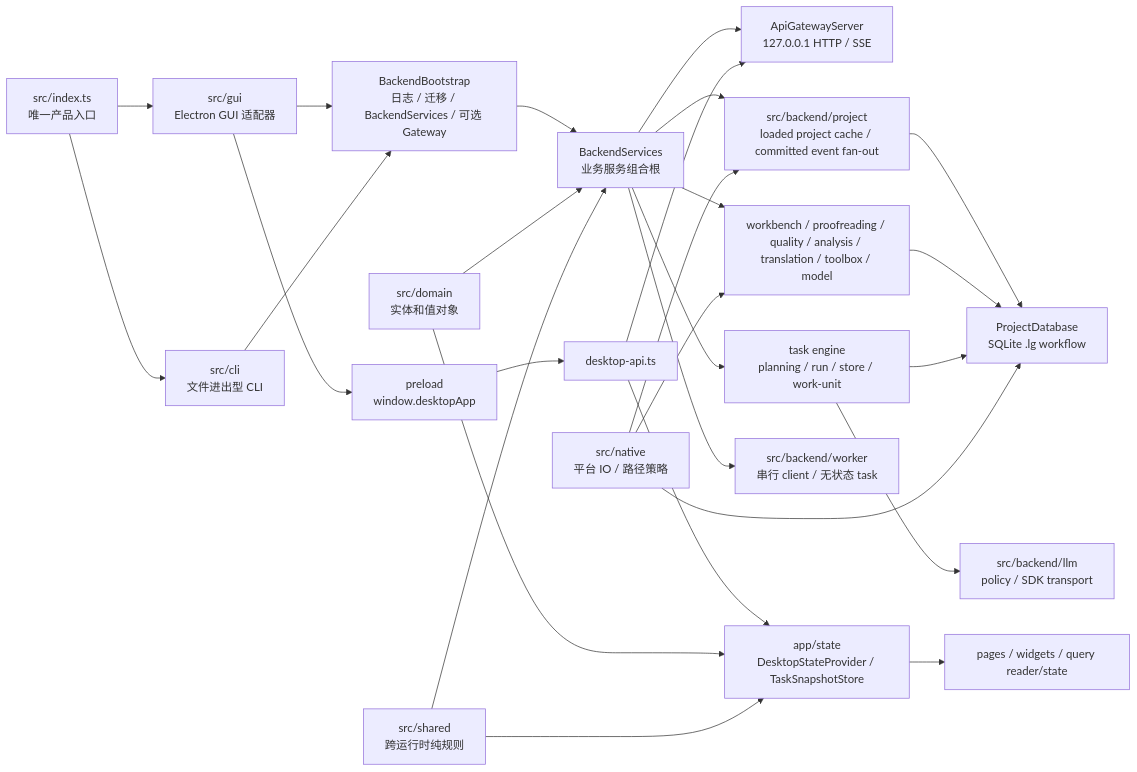
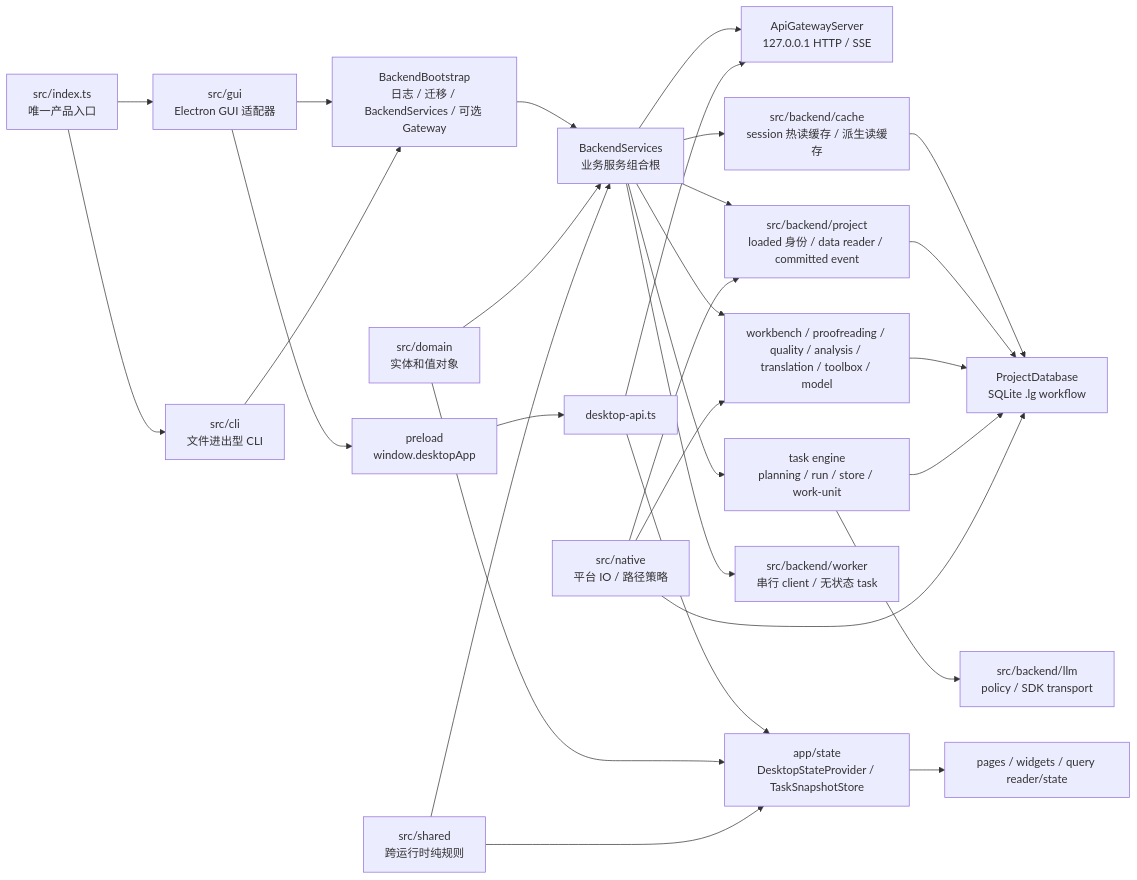
Before and after one commit to neavo/LinguaGacha: the diagram in docs/ARCHITECTURE.md, drawn with Mermaid. The commit also changed other lines of this file and 44 other files, not shown here.

````diff
--- a/docs/ARCHITECTURE.md
+++ b/docs/ARCHITECTURE.md
@@ -18,29 +18,31 @@
 ```mermaid
 flowchart LR
   Entry["src/index.ts<br/>唯一产品入口"] --> GUI["src/gui<br/>Electron GUI 适配器"]
   Entry --> CLI["src/cli<br/>文件进出型 CLI"]
   GUI --> Boot["BackendBootstrap<br/>日志 / 迁移 / BackendServices / 可选 Gateway"]
   CLI --> Boot
   Boot --> Services["BackendServices<br/>业务服务组合根"]
   Services --> API["ApiGatewayServer<br/>127.0.0.1 HTTP / SSE"]
   GUI --> Preload["preload<br/>window.desktopApp"]
   Preload --> RendererApi["desktop-api.ts"]
   RendererApi --> API
   RendererApi --> State["app/state<br/>DesktopStateProvider / TaskSnapshotStore"]
   State --> Pages["pages / widgets / query reader/state"]
-  Services --> Project["src/backend/project<br/>loaded project cache / committed event fan-out"]
+  Services --> Cache["src/backend/cache<br/>session 热读缓存 / 派生读缓存"]
+  Services --> Project["src/backend/project<br/>loaded 身份 / data reader / committed event"]
   Services --> Domains["workbench / proofreading / quality / analysis / translation / toolbox / model"]
   Services --> Worker["src/backend/worker<br/>串行 client / 无状态 task"]
   Services --> Engine["task engine<br/>planning / run / store / work-unit"]
   Engine --> LLM["src/backend/llm<br/>policy / SDK transport"]
-  Project --> DB["ProjectDatabase<br/>SQLite .lg workflow"]
+  Cache --> DB["ProjectDatabase<br/>SQLite .lg workflow"]
+  Project --> DB
   Domains --> DB
   Engine --> DB
   Domain["src/domain<br/>实体和值对象"] --> Services
   Domain --> State
   Shared["src/shared<br/>跨运行时纯规则"] --> Services
   Shared --> State
   Native["src/native<br/>平台 IO / 路径策略"] --> Project
   Native --> Domains
   Native --> DB
 ```
````
